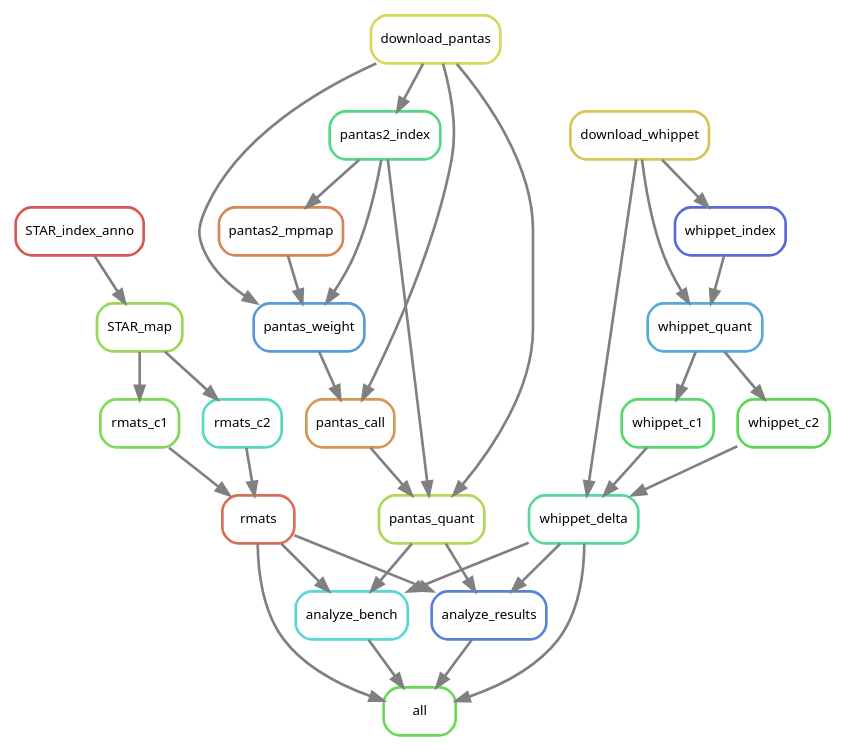
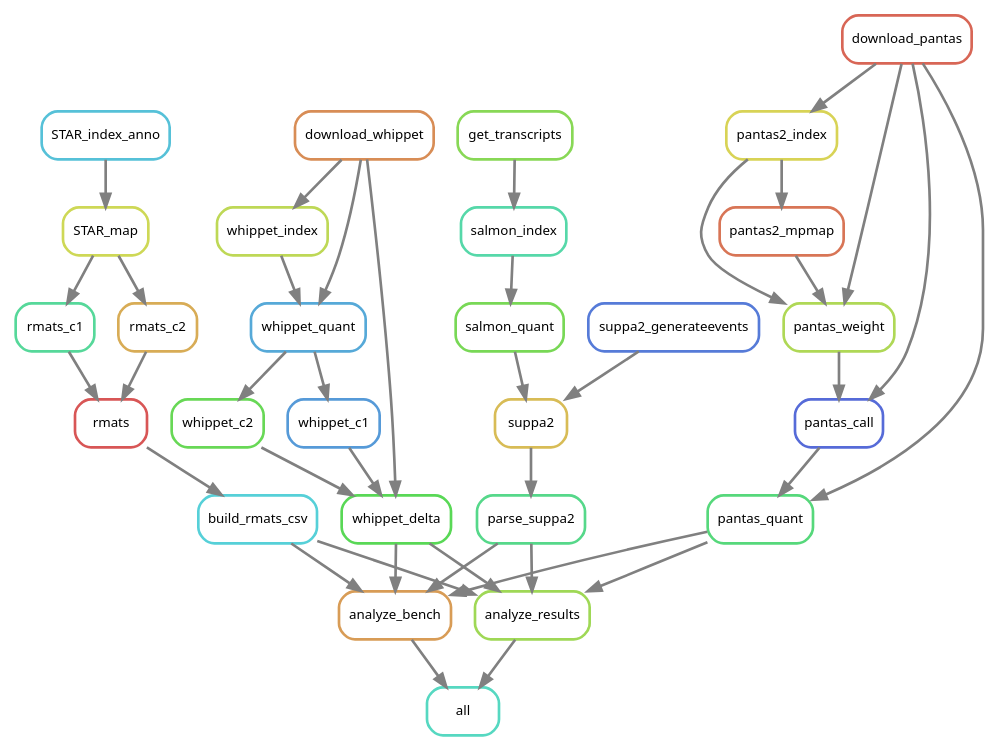
Before and after one commit to AlgoLab/pantas: the diagram in exps/dm-real/rules.dot, drawn with Graphviz. The commit also changed 2 other files, not shown here.

```diff
--- a/exps/dm-real/rules.dot
+++ b/exps/dm-real/rules.dot
@@ -1,58 +1,70 @@
 digraph snakemake_dag {
     graph[bgcolor=white, margin=0];
     node[shape=box, style=rounded, fontname=sans,                 fontsize=10, penwidth=2];
     edge[penwidth=2, color=grey];
-	0[label = "all", color = "0.31 0.6 0.85", style="rounded"];
-	1[label = "rmats", color = "0.03 0.6 0.85", style="rounded"];
-	2[label = "rmats_c1", color = "0.28 0.6 0.85", style="rounded"];
-	3[label = "STAR_map", color = "0.25 0.6 0.85", style="rounded"];
-	4[label = "STAR_index_anno", color = "0.00 0.6 0.85", style="rounded"];
-	5[label = "rmats_c2", color = "0.47 0.6 0.85", style="rounded"];
-	6[label = "whippet_delta", color = "0.42 0.6 0.85", style="rounded"];
-	7[label = "whippet_c1", color = "0.36 0.6 0.85", style="rounded"];
-	8[label = "whippet_quant", color = "0.56 0.6 0.85", style="rounded"];
-	9[label = "whippet_index", color = "0.64 0.6 0.85", style="rounded"];
-	10[label = "download_whippet", color = "0.14 0.6 0.85", style="rounded"];
-	11[label = "whippet_c2", color = "0.33 0.6 0.85", style="rounded"];
-	12[label = "analyze_bench", color = "0.50 0.6 0.85", style="rounded"];
-	13[label = "pantas_quant", color = "0.22 0.6 0.85", style="rounded"];
-	14[label = "pantas2_index", color = "0.39 0.6 0.85", style="rounded"];
-	15[label = "download_pantas", color = "0.17 0.6 0.85", style="rounded"];
-	16[label = "pantas_call", color = "0.08 0.6 0.85", style="rounded"];
-	17[label = "pantas_weight", color = "0.58 0.6 0.85", style="rounded"];
-	18[label = "pantas2_mpmap", color = "0.06 0.6 0.85", style="rounded"];
-	19[label = "analyze_results", color = "0.61 0.6 0.85", style="rounded"];
-	6 -> 0
+	0[label = "all", color = "0.47 0.6 0.85", style="rounded"];
+	1[label = "analyze_bench", color = "0.09 0.6 0.85", style="rounded"];
+	2[label = "build_rmats_csv", color = "0.51 0.6 0.85", style="rounded"];
+	3[label = "rmats", color = "0.00 0.6 0.85", style="rounded"];
+	4[label = "rmats_c1", color = "0.42 0.6 0.85", style="rounded"];
+	5[label = "STAR_map", color = "0.18 0.6 0.85", style="rounded"];
+	6[label = "STAR_index_anno", color = "0.53 0.6 0.85", style="rounded"];
+	7[label = "rmats_c2", color = "0.11 0.6 0.85", style="rounded"];
+	8[label = "whippet_delta", color = "0.33 0.6 0.85", style="rounded"];
+	9[label = "whippet_c1", color = "0.58 0.6 0.85", style="rounded"];
+	10[label = "whippet_quant", color = "0.56 0.6 0.85", style="rounded"];
+	11[label = "whippet_index", color = "0.20 0.6 0.85", style="rounded"];
+	12[label = "download_whippet", color = "0.07 0.6 0.85", style="rounded"];
+	13[label = "whippet_c2", color = "0.31 0.6 0.85", style="rounded"];
+	14[label = "parse_suppa2", color = "0.40 0.6 0.85", style="rounded"];
+	15[label = "suppa2", color = "0.13 0.6 0.85", style="rounded"];
+	16[label = "suppa2_generateevents", color = "0.62 0.6 0.85", style="rounded"];
+	17[label = "salmon_quant", color = "0.29 0.6 0.85", style="rounded"];
+	18[label = "salmon_index", color = "0.44 0.6 0.85", style="rounded"];
+	19[label = "get_transcripts", color = "0.27 0.6 0.85", style="rounded"];
+	20[label = "pantas_quant", color = "0.38 0.6 0.85", style="rounded"];
+	21[label = "pantas_call", color = "0.64 0.6 0.85", style="rounded"];
+	22[label = "pantas_weight", color = "0.22 0.6 0.85", style="rounded"];
+	23[label = "pantas2_index", color = "0.16 0.6 0.85", style="rounded"];
+	24[label = "download_pantas", color = "0.02 0.6 0.85", style="rounded"];
+	25[label = "pantas2_mpmap", color = "0.04 0.6 0.85", style="rounded"];
+	26[label = "analyze_results", color = "0.24 0.6 0.85", style="rounded"];
+	26 -> 0
 	1 -> 0
-	19 -> 0
-	12 -> 0
+	14 -> 1
+	20 -> 1
+	8 -> 1
 	2 -> 1
-	5 -> 1
 	3 -> 2
+	7 -> 3
 	4 -> 3
-	3 -> 5
-	7 -> 6
-	10 -> 6
-	11 -> 6
-	8 -> 7
-	10 -> 8
+	5 -> 4
+	6 -> 5
+	5 -> 7
+	13 -> 8
 	9 -> 8
+	12 -> 8
 	10 -> 9
-	8 -> 11
-	6 -> 12
-	1 -> 12
-	13 -> 12
-	14 -> 13
-	16 -> 13
-	15 -> 13
+	11 -> 10
+	12 -> 10
+	12 -> 11
+	10 -> 13
 	15 -> 14
-	17 -> 16
-	15 -> 16
+	17 -> 15
+	16 -> 15
 	18 -> 17
-	14 -> 17
-	15 -> 17
-	14 -> 18
-	6 -> 19
-	1 -> 19
-	13 -> 19
+	19 -> 18
+	24 -> 20
+	21 -> 20
+	24 -> 21
+	22 -> 21
+	23 -> 22
+	24 -> 22
+	25 -> 22
+	24 -> 23
+	23 -> 25
+	14 -> 26
+	20 -> 26
+	8 -> 26
+	2 -> 26
 }            
```
